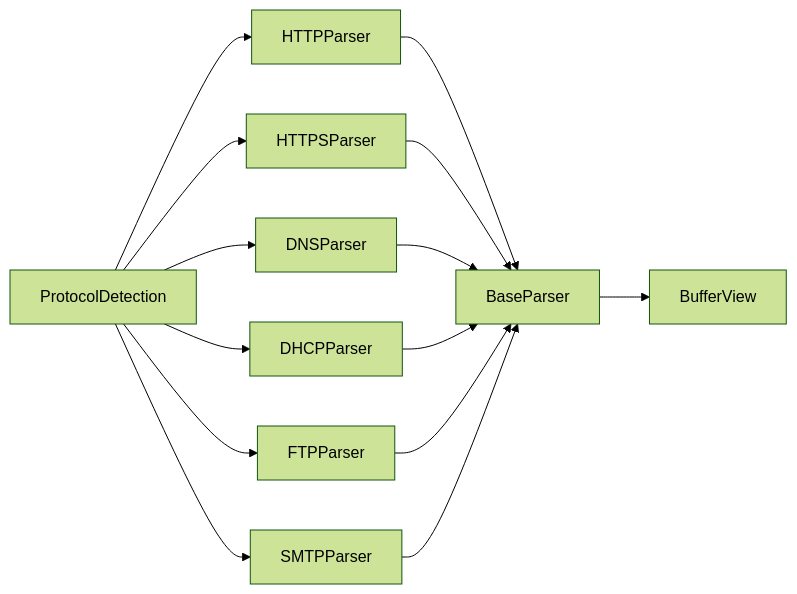
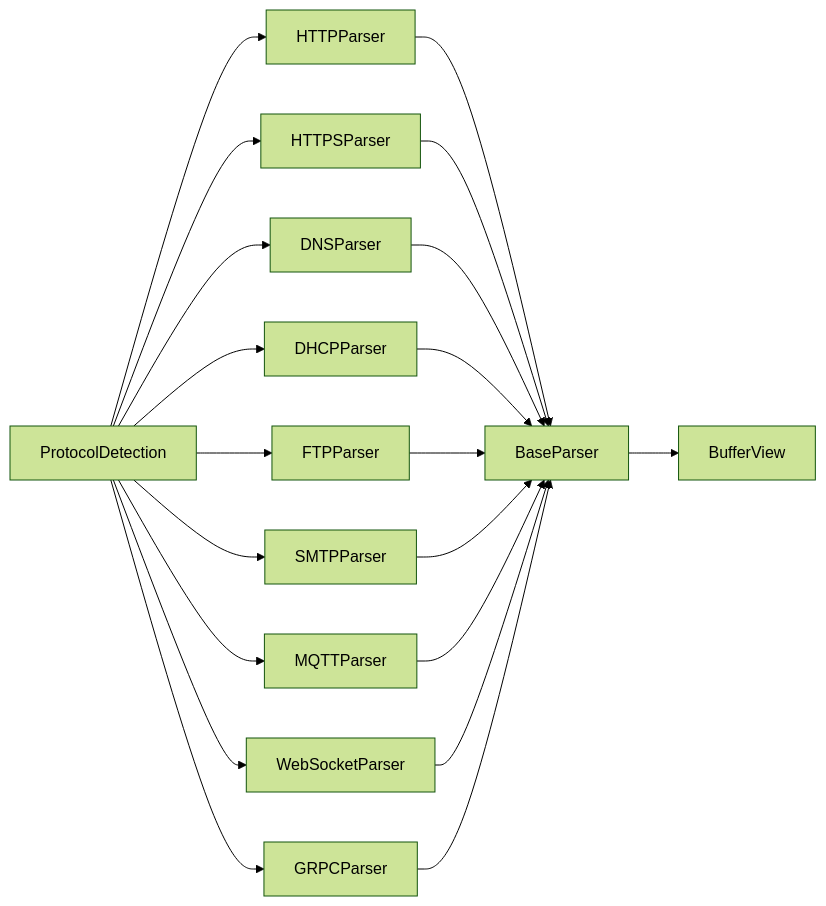
One commit to jie-798/protocol-parser changed diagram 12 of 12 in .qoder/repowiki/zh/content/协议解析器参考/应用层解析器/应用层解析器.md. Above: the diagram before and after it, drawn with Mermaid (forest theme). The commit also changed other lines of this file and 31 other files, not shown here.

````diff
--- a/.qoder/repowiki/zh/content/协议解析器参考/应用层解析器/应用层解析器.md
+++ b/.qoder/repowiki/zh/content/协议解析器参考/应用层解析器/应用层解析器.md
@@ -453,16 +634,22 @@
 ```mermaid
 graph LR
 HTTPParser --> BaseParser
 HTTPSParser --> BaseParser
 DNSParser --> BaseParser
 DHCPParser --> BaseParser
 FTPParser --> BaseParser
 SMTPParser --> BaseParser
+MQTTParser --> BaseParser
+WebSocketParser --> BaseParser
+GRPCParser --> BaseParser
 BaseParser --> BufferView
 ProtocolDetection --> HTTPParser
 ProtocolDetection --> HTTPSParser
 ProtocolDetection --> DNSParser
 ProtocolDetection --> DHCPParser
 ProtocolDetection --> FTPParser
 ProtocolDetection --> SMTPParser
+ProtocolDetection --> MQTTParser
+ProtocolDetection --> WebSocketParser
+ProtocolDetection --> GRPCParser
 ```
````
